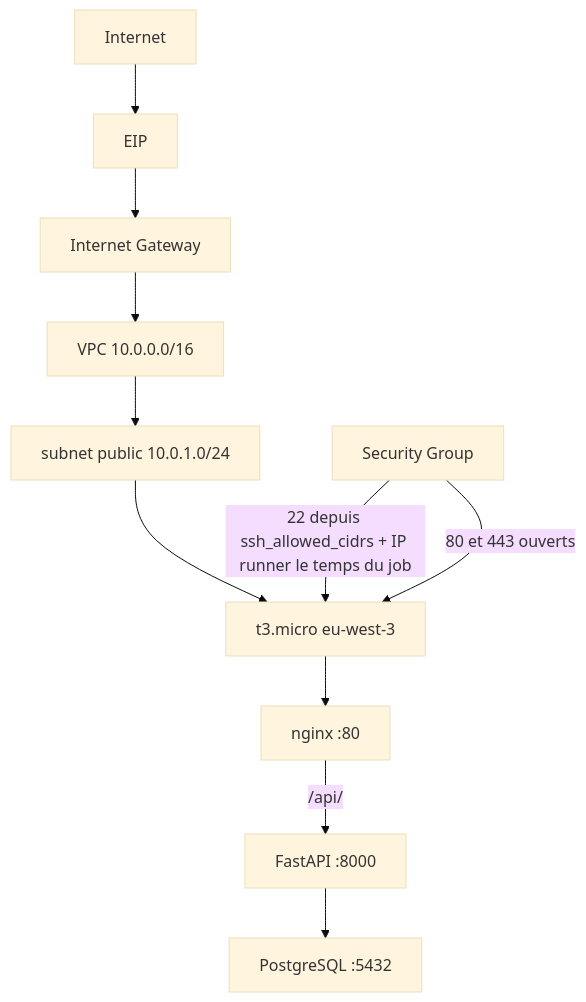
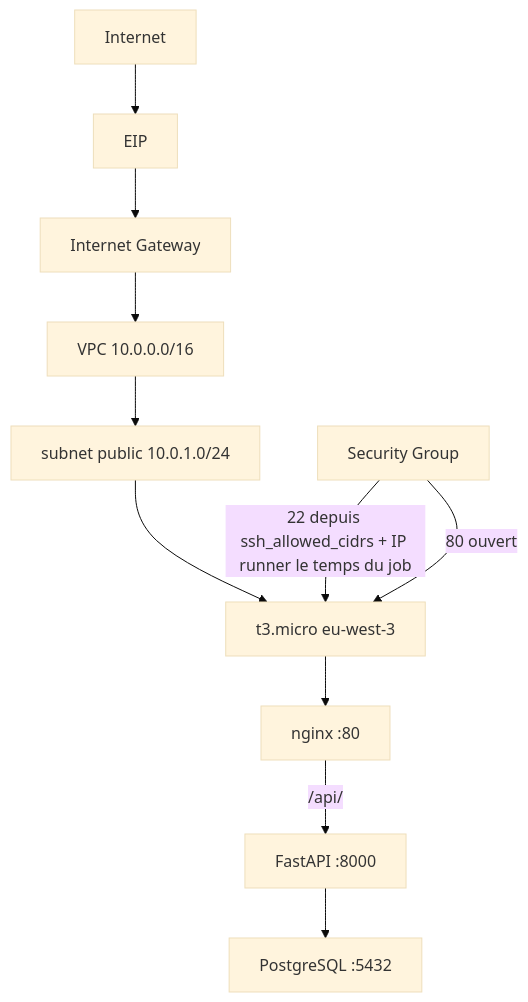
One commit to serveur9-1/TECH-DEVOPS changed the second of 2 diagrams in README.md. Above: the diagram before and after it, drawn with Mermaid (base theme). The commit also changed other lines of this file and 4 other files, not shown here.

````diff
--- a/README.md
+++ b/README.md
@@ -20,14 +20,14 @@
 ```mermaid
 flowchart TB
   Internet --> EIP
   EIP --> IGW[Internet Gateway]
   IGW --> VPC[VPC 10.0.0.0/16]
   VPC --> Subnet[subnet public 10.0.1.0/24]
   Subnet --> EC2[t3.micro eu-west-3]
   SG[Security Group]
   SG -->|"22 depuis ssh_allowed_cidrs + IP runner le temps du job"| EC2
-  SG -->|"80 et 443 ouverts"| EC2
+  SG -->|"80 ouvert"| EC2
   EC2 --> Nginx[nginx :80]
   Nginx -->|"/api/"| API[FastAPI :8000]
   API --> PG[PostgreSQL :5432]
 ```
````
